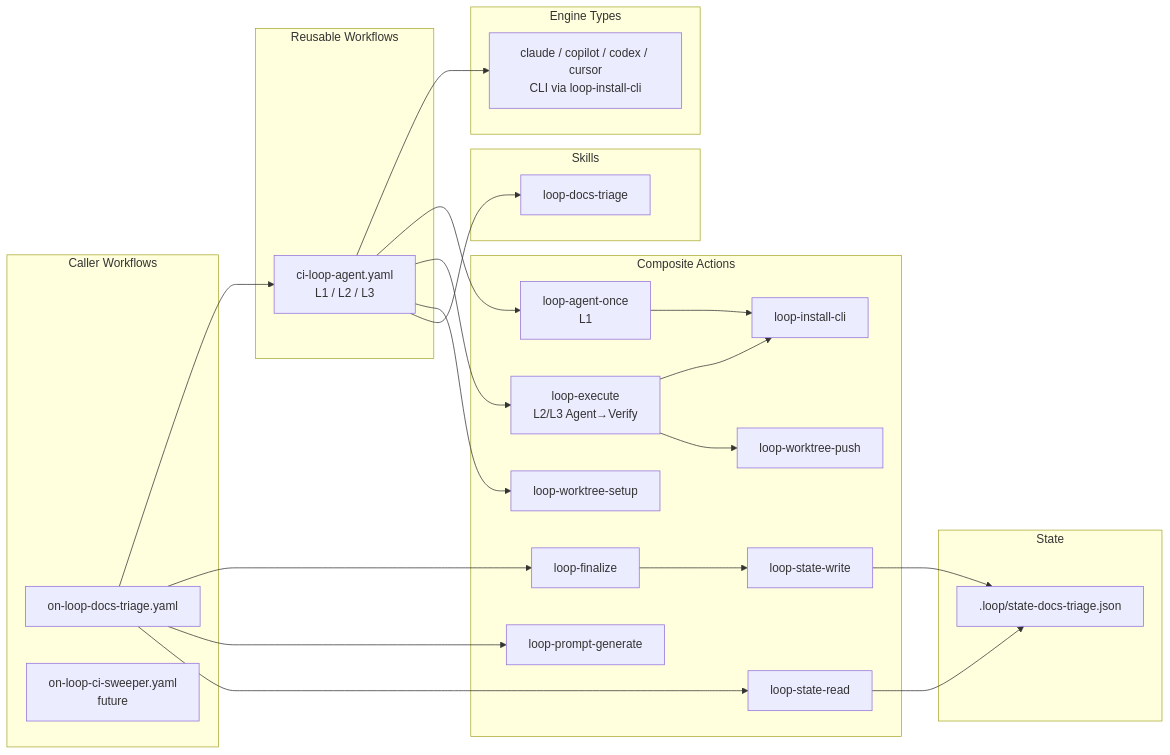
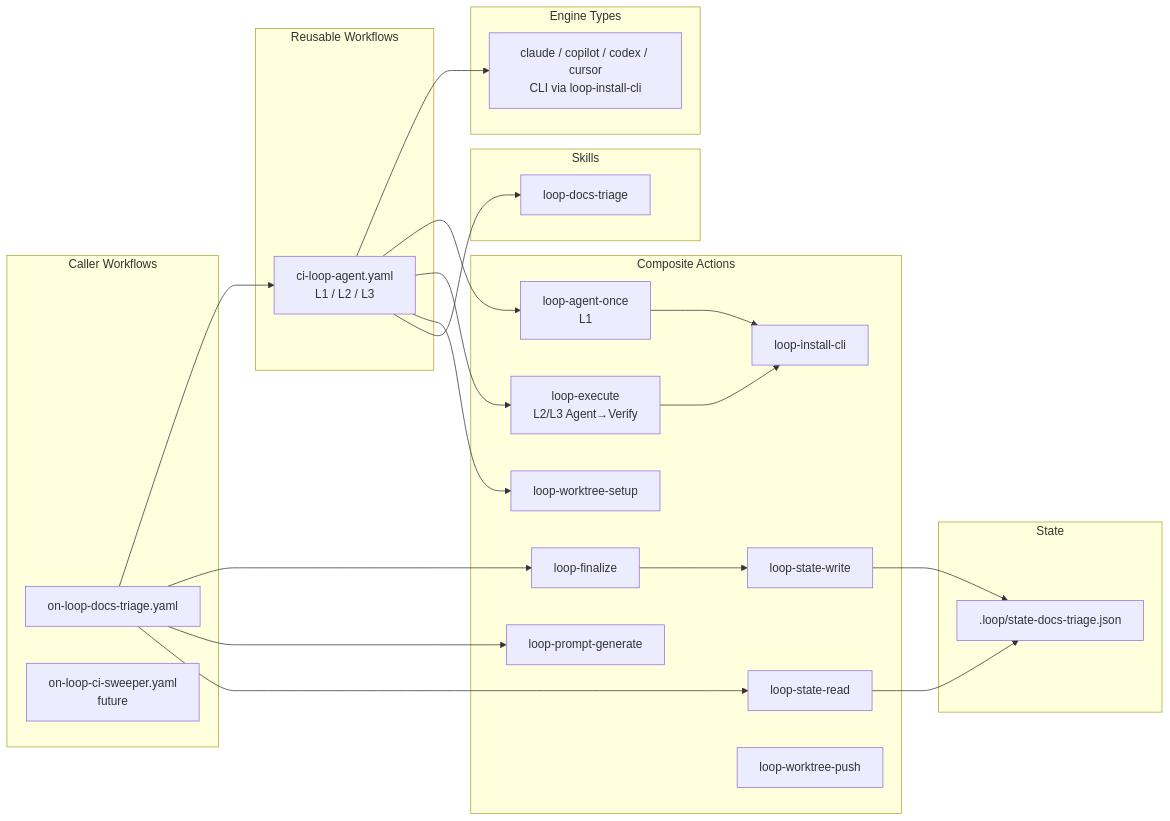
The second of 3 diagrams in docs/explanation/loop-engineering-design.md (y-miyazaki/config), drawn with Mermaid before and after one commit. The commit also changed other lines of this file and 1 other file, not shown here.

````diff
--- a/docs/explanation/loop-engineering-design.md
+++ b/docs/explanation/loop-engineering-design.md
@@ -146,58 +146,57 @@
 ```mermaid
 graph LR
     %% Caller Workflows
     subgraph callers["Caller Workflows"]
         CW1[on-loop-docs-triage.yaml]
         CW2[on-loop-ci-sweeper.yaml<br/>future]
     end
 
     %% Reusable Workflows
     subgraph reusable["Reusable Workflows"]
         RW1[ci-loop-agent.yaml<br/>L1 / L2 / L3]
     end
 
     %% Engine Types
     subgraph engines["Engine Types"]
         E1[claude / copilot / codex / cursor<br/>CLI via loop-install-cli]
     end
 
     %% Composite Actions
     subgraph actions["Composite Actions"]
         CA1[loop-agent-once<br/>L1]
         CA2[loop-execute<br/>L2/L3 Agent→Verify]
         CA3[loop-finalize]
         CA4[loop-install-cli]
         CA5[loop-prompt-generate]
         CA6[loop-state-read]
         CA7[loop-state-write]
         CA8[loop-worktree-setup]
         CA9[loop-worktree-push]
     end
 
     %% Skills
     subgraph skills["Skills"]
         SK1[loop-docs-triage]
     end
 
     %% State
     subgraph state["State"]
         ST1[.loop/state-docs-triage.json]
     end
 
     %% Relationships
     CW1 --> RW1
     CW1 --> CA3
     CW1 --> CA5
     CW1 --> CA6
     RW1 --> E1
     RW1 --> CA1
     RW1 --> CA2
     RW1 --> CA8
     CA1 --> CA4
     CA2 --> CA4
-    CA2 --> CA9
     RW1 --> SK1
     CA3 --> CA7
     CA6 --> ST1
     CA7 --> ST1
 ```
````
